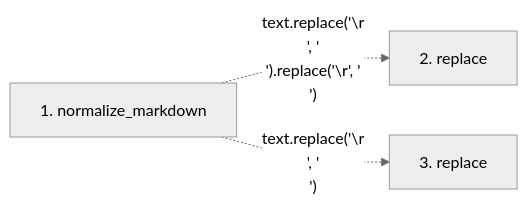
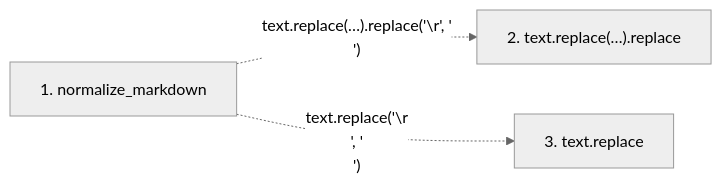
The second of 2 diagrams in docs/llm_wiki/flows/api-normalize_markdown.md (Denissvgn/python-wiki-llm), drawn with Mermaid (neutral theme) before and after one commit. The commit also changed other lines of this file and 719 other files, not shown here.

````diff
--- a/docs/llm_wiki/flows/api-normalize_markdown.md
+++ b/docs/llm_wiki/flows/api-normalize_markdown.md
@@ -21,9 +22,9 @@
 ```mermaid
 flowchart LR
     s1["1. normalize_markdown"]
-    s2["2. replace"]
-    s3["3. replace"]
-    s1 -. "text.replace('\r\n', '\n').replace('\r', '\n')" .-> s2
+    s2["2. text.replace(…).replace"]
+    s3["3. text.replace"]
+    s1 -. "text.replace(…).replace('\r', '\n')" .-> s2
     s1 -. "text.replace('\r\n', '\n')" .-> s3
     click s1 "../modules/markdown_sections.md"
 ```
````
